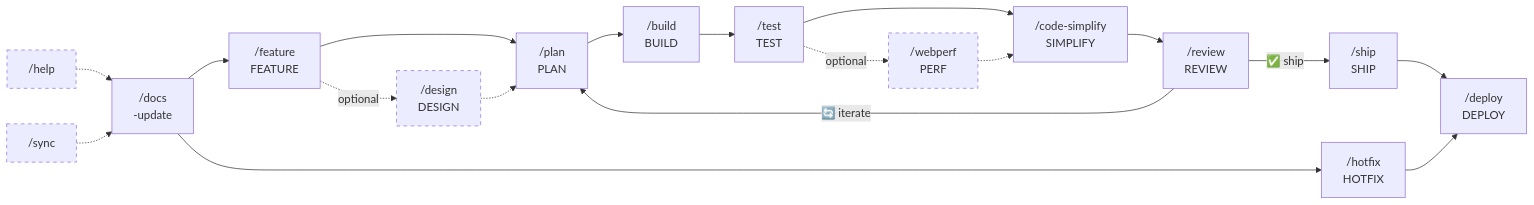
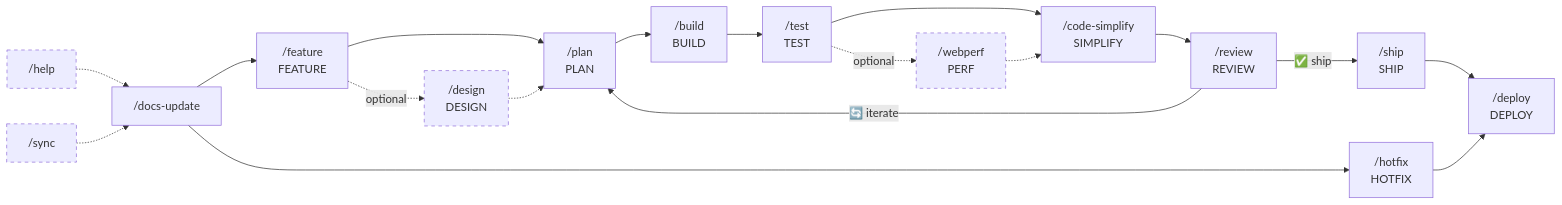
One commit to Fisherk2/codice-opencode changed the second of 5 diagrams in README.md. Above: the diagram before and after it, drawn with Mermaid. The commit also changed other lines of this file and 39 other files, not shown here.

````diff
--- a/README.md
+++ b/README.md
@@ -300,25 +333,25 @@
 ```mermaid
 flowchart LR
-    DU["/docs<br/>-update"] --> FE["/feature<br/>FEATURE"]
+    DU["/docs-update"] --> FE["/feature<br/>FEATURE"]
     FE --> P["/plan<br/>PLAN"]
     FE -.->|optional| D["/design<br/>DESIGN"]
     D -.-> P
     P --> B["/build<br/>BUILD"]
     B --> T["/test<br/>TEST"]
     T --> CS["/code-simplify<br/>SIMPLIFY"]
     T -.->|optional| W["/webperf<br/>PERF"]
     W -.-> CS
     CS --> R["/review<br/>REVIEW"]
     R -->|"🔄 iterate"| P
     R -->|"✅ ship"| SH["/ship<br/>SHIP"]
     SH --> DP["/deploy<br/>DEPLOY"]
     DU --> HF["/hotfix<br/>HOTFIX"]
     HF --> DP
     HELP["/help"] -.-> DU
     SYNC["/sync"] -.-> DU
 
     style D stroke-dasharray: 5 5
     style W stroke-dasharray: 5 5
     style HELP stroke-dasharray: 5 5
     style SYNC stroke-dasharray: 5 5
 ```
````
